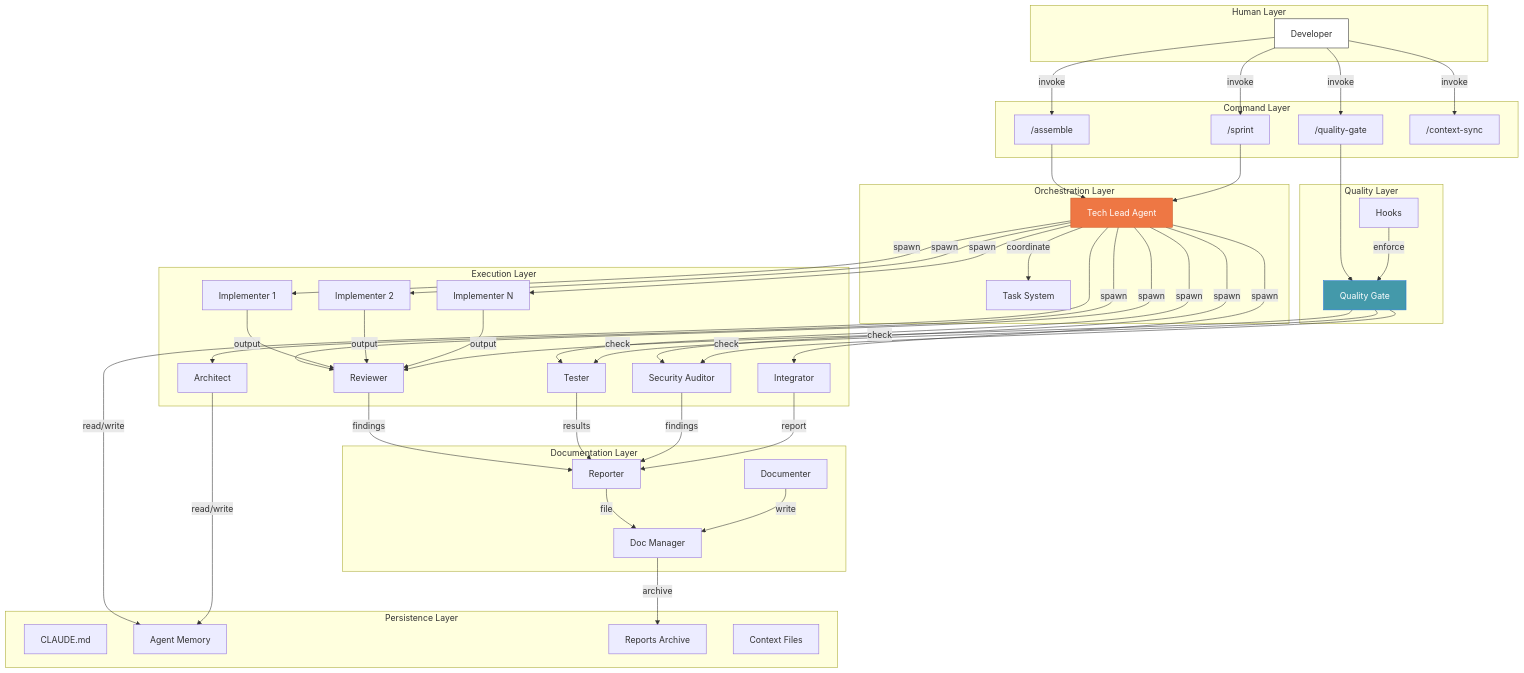
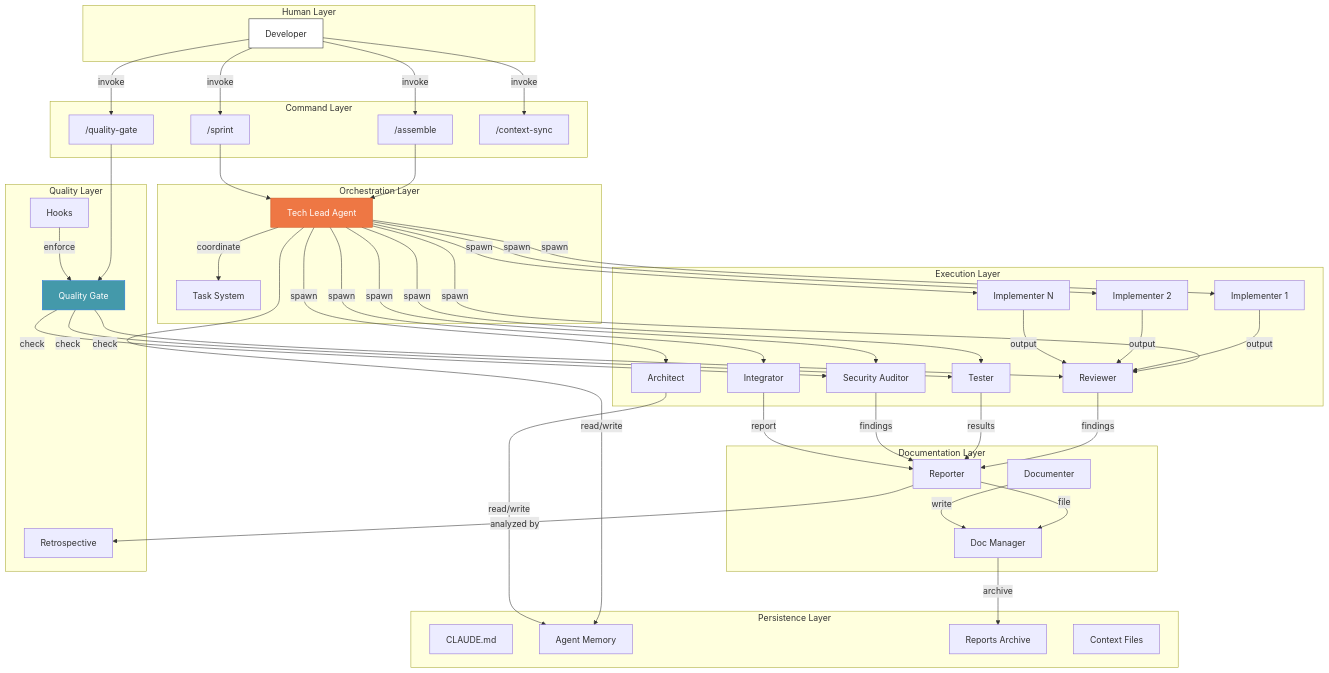
The second of 14 diagrams in docs/AGENT-ARMY-DESIGN.md (Muheng1992/symbiotic-engineering), drawn with Mermaid before and after one commit. The commit also changed other lines of this file and 12 other files, not shown here.

```diff
--- a/docs/AGENT-ARMY-DESIGN.md
+++ b/docs/AGENT-ARMY-DESIGN.md
@@ -106,6 +106,7 @@
     subgraph "Quality Layer"
         QG[Quality Gate]
         HK[Hooks]
+        RT[Retrospective]
     end
 
     subgraph "Persistence Layer"
@@ -141,6 +142,7 @@
     SA -->|findings| RP
     IN -->|report| RP
 
+    RP -->|"analyzed by"| RT
     RP -->|file| DM
     DC -->|write| DM
     DM -->|archive| RPT
```
